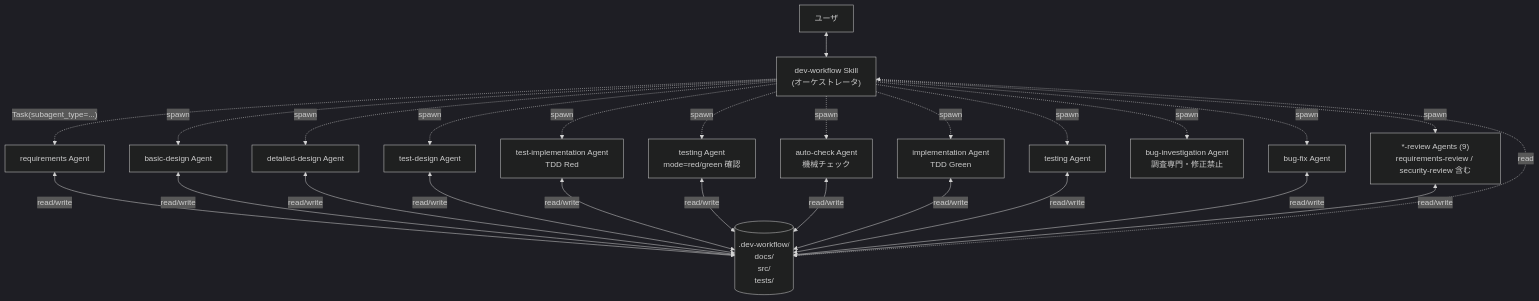
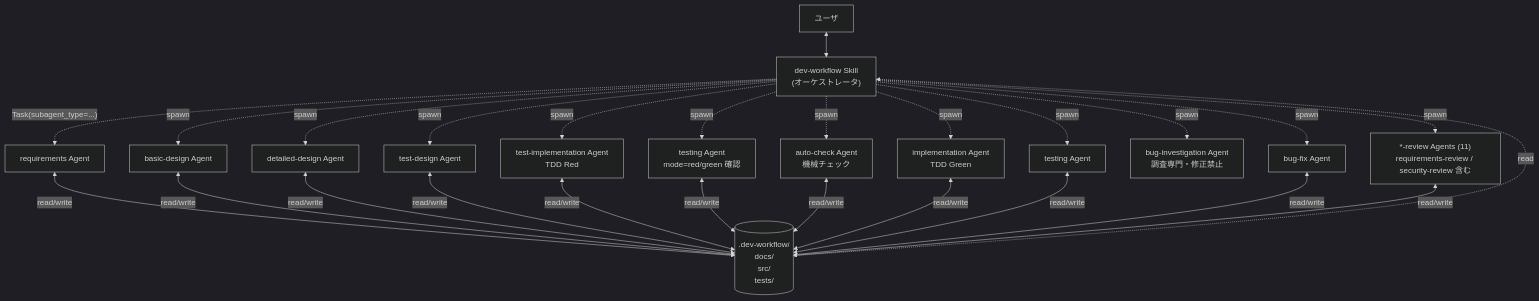
One commit to yamasuki-/software_dev_workflow changed the first of 5 diagrams in docs/workflow-overview.md. Above: the diagram before and after it, drawn with Mermaid (dark theme). The commit also changed other lines of this file and 48 other files, not shown here.

````diff
--- a/docs/workflow-overview.md
+++ b/docs/workflow-overview.md
@@ -7,18 +7,18 @@
 ```mermaid
 flowchart TD
     User["ユーザ"] <--> Orch["dev-workflow Skill<br/>(オーケストレータ)"]
     Orch -. "Task(subagent_type=...)" .-> RQA["requirements Agent"]
     Orch -. spawn .-> BDA["basic-design Agent"]
     Orch -. spawn .-> DDA["detailed-design Agent"]
     Orch -. spawn .-> TDA["test-design Agent"]
     Orch -. spawn .-> TIA["test-implementation Agent<br/>TDD Red"]
     Orch -. spawn .-> TR["testing Agent<br/>mode=red/green 確認"]
     Orch -. spawn .-> AC["auto-check Agent<br/>機械チェック"]
     Orch -. spawn .-> ImpA["implementation Agent<br/>TDD Green"]
     Orch -. spawn .-> TstA["testing Agent"]
     Orch -. spawn .-> BIA["bug-investigation Agent<br/>調査専門・修正禁止"]
     Orch -. spawn .-> BugA["bug-fix Agent"]
-    Orch -. spawn .-> RevA["*-review Agents (9)<br/>requirements-review / security-review 含む"]
+    Orch -. spawn .-> RevA["*-review Agents (11)<br/>requirements-review / security-review 含む"]
     RQA & BDA & DDA & TDA & TIA & TR & AC & ImpA & TstA & BugA & RevA <-->|"read/write"| FS[(".dev-workflow/<br/>docs/<br/>src/<br/>tests/")]
     Orch <-. read .-> FS
 ```
````
